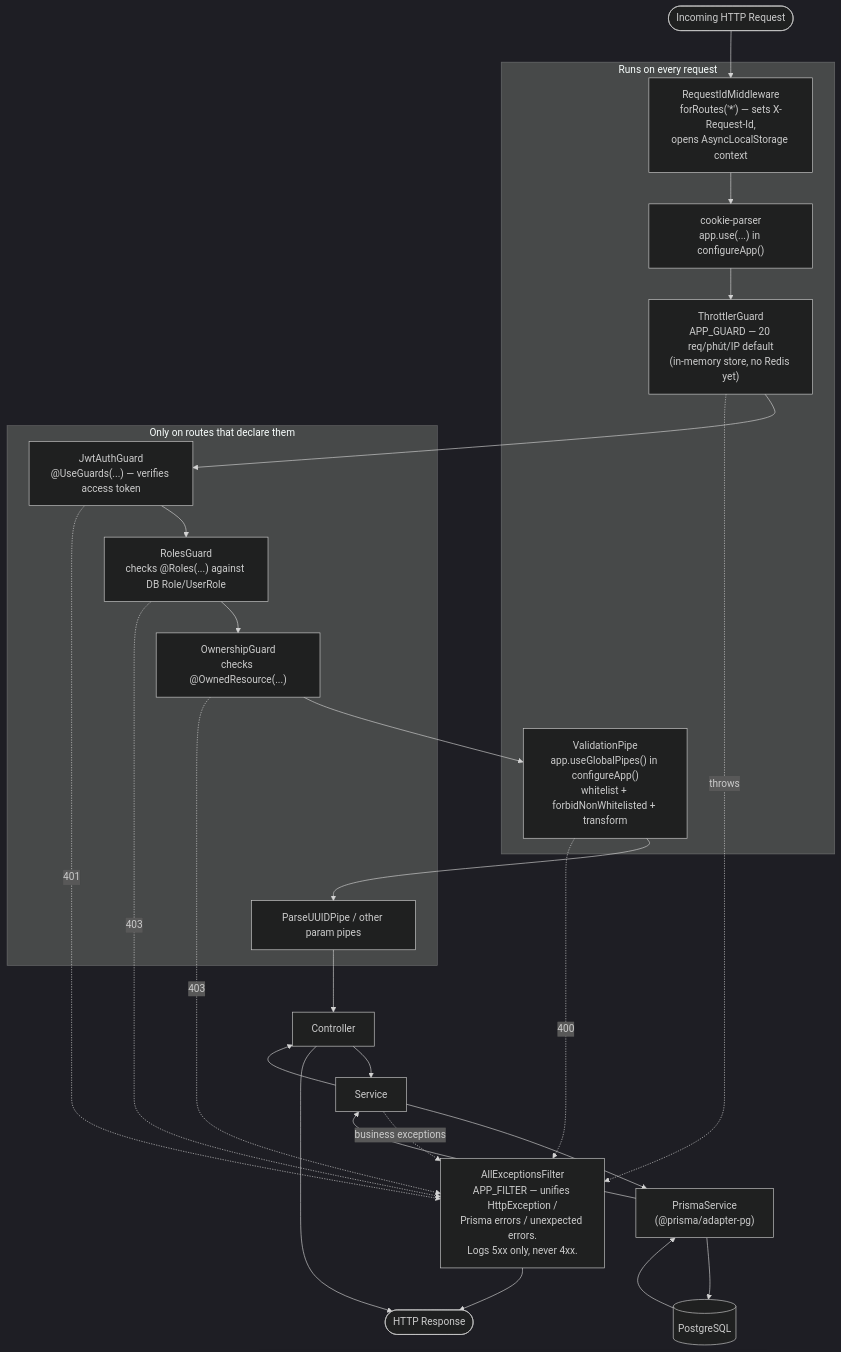
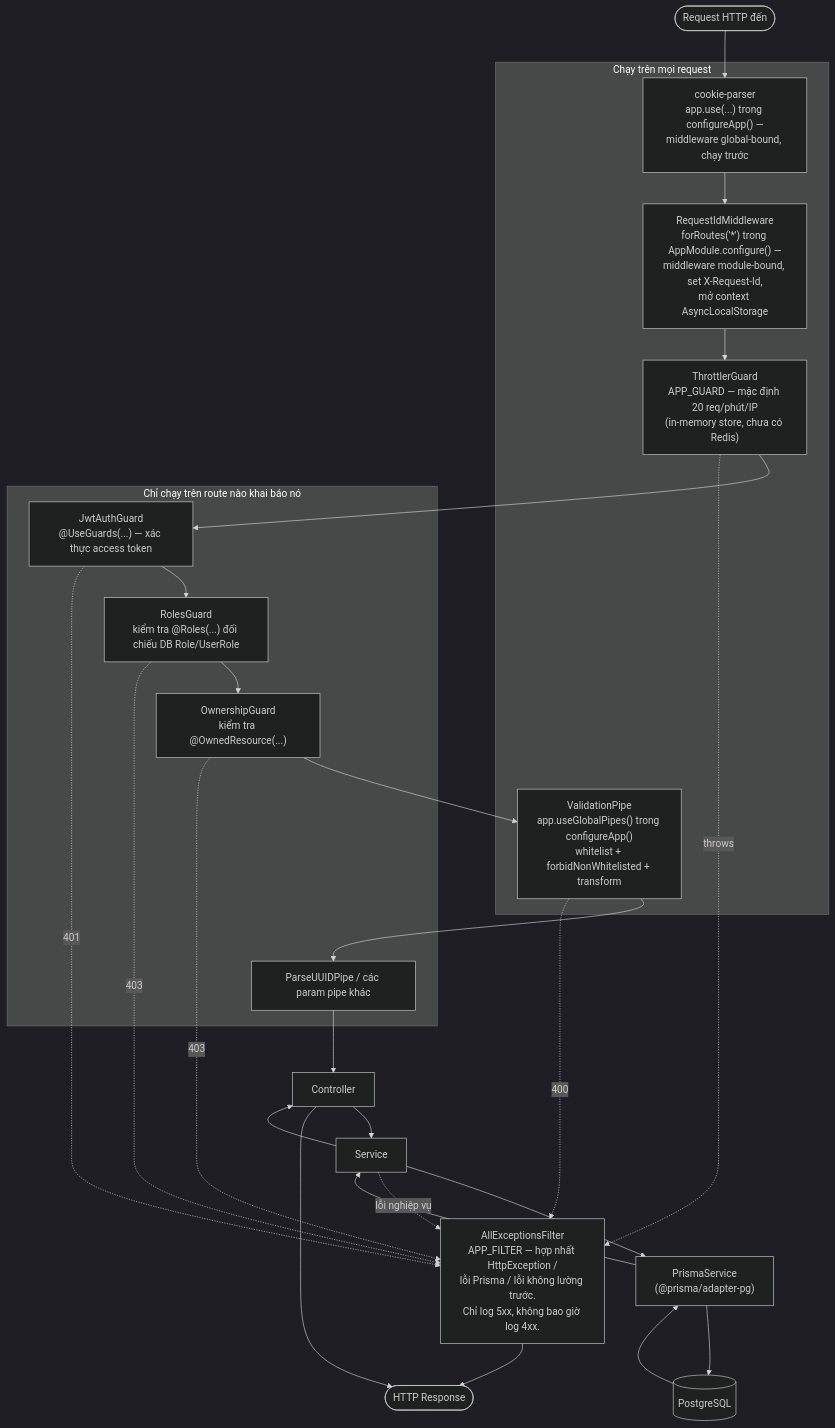
Before and after one commit to LuongCongThanh/be-demo: the third of 16 diagrams in doc/ecommerce-backend-architecture-system-design-2.md, drawn with Mermaid (dark theme). The commit also changed other lines of this file and 9 other files, not shown here.

````diff
--- a/doc/ecommerce-backend-architecture-system-design-2.md
+++ b/doc/ecommerce-backend-architecture-system-design-2.md
@@ -160,38 +143,38 @@
 ```mermaid
 flowchart TD
-    Req(["Incoming HTTP Request"])
+    Req(["Request HTTP đến"])
 
-    subgraph Global["Runs on every request"]
-        MW1["RequestIdMiddleware<br/>forRoutes('*') — sets X-Request-Id,<br/>opens AsyncLocalStorage context"]
-        MW2["cookie-parser<br/>app.use(...) in configureApp()"]
-        G1["ThrottlerGuard<br/>APP_GUARD — 20 req/phút/IP default<br/>(in-memory store, no Redis yet)"]
-        P1["ValidationPipe<br/>app.useGlobalPipes() in configureApp()<br/>whitelist + forbidNonWhitelisted + transform"]
+    subgraph Global["Chạy trên mọi request"]
+        MW1["cookie-parser<br/>app.use(...) trong configureApp() —<br/>middleware global-bound, chạy trước"]
+        MW2["RequestIdMiddleware<br/>forRoutes('*') trong AppModule.configure() —<br/>middleware module-bound, set X-Request-Id,<br/>mở context AsyncLocalStorage"]
+        G1["ThrottlerGuard<br/>APP_GUARD — mặc định 20 req/phút/IP<br/>(in-memory store, chưa có Redis)"]
+        P1["ValidationPipe<br/>app.useGlobalPipes() trong configureApp()<br/>whitelist + forbidNonWhitelisted + transform"]
     end
 
-    subgraph PerRoute["Only on routes that declare them"]
-        G2["JwtAuthGuard<br/>@UseGuards(...) — verifies access token"]
-        G3["RolesGuard<br/>checks @Roles(...) against DB Role/UserRole"]
-        G4["OwnershipGuard<br/>checks @OwnedResource(...)"]
-        P2["ParseUUIDPipe / other param pipes"]
+    subgraph PerRoute["Chỉ chạy trên route nào khai báo nó"]
+        G2["JwtAuthGuard<br/>@UseGuards(...) — xác thực access token"]
+        G3["RolesGuard<br/>kiểm tra @Roles(...) đối chiếu DB Role/UserRole"]
+        G4["OwnershipGuard<br/>kiểm tra @OwnedResource(...)"]
+        P2["ParseUUIDPipe / các param pipe khác"]
     end
 
     C["Controller"]
     S["Service"]
     PR["PrismaService<br/>(@prisma/adapter-pg)"]
     DB[("PostgreSQL")]
-    F["AllExceptionsFilter<br/>APP_FILTER — unifies HttpException /<br/>Prisma errors / unexpected errors.<br/>Logs 5xx only, never 4xx."]
+    F["AllExceptionsFilter<br/>APP_FILTER — hợp nhất HttpException /<br/>lỗi Prisma / lỗi không lường trước.<br/>Chỉ log 5xx, không bao giờ log 4xx."]
     Res(["HTTP Response"])
 
     Req --> MW1 --> MW2 --> G1
     G1 --> G2 --> G3 --> G4 --> P1
     P1 --> P2 --> C --> S --> PR --> DB
     DB --> PR --> S --> C --> Res
 
     G1 -.throws.-> F
     G2 -.401.-> F
     G3 -.403.-> F
     G4 -.403.-> F
     P1 -.400.-> F
-    S -.business exceptions.-> F
+    S -.lỗi nghiệp vụ.-> F
     F --> Res
 ```
````
